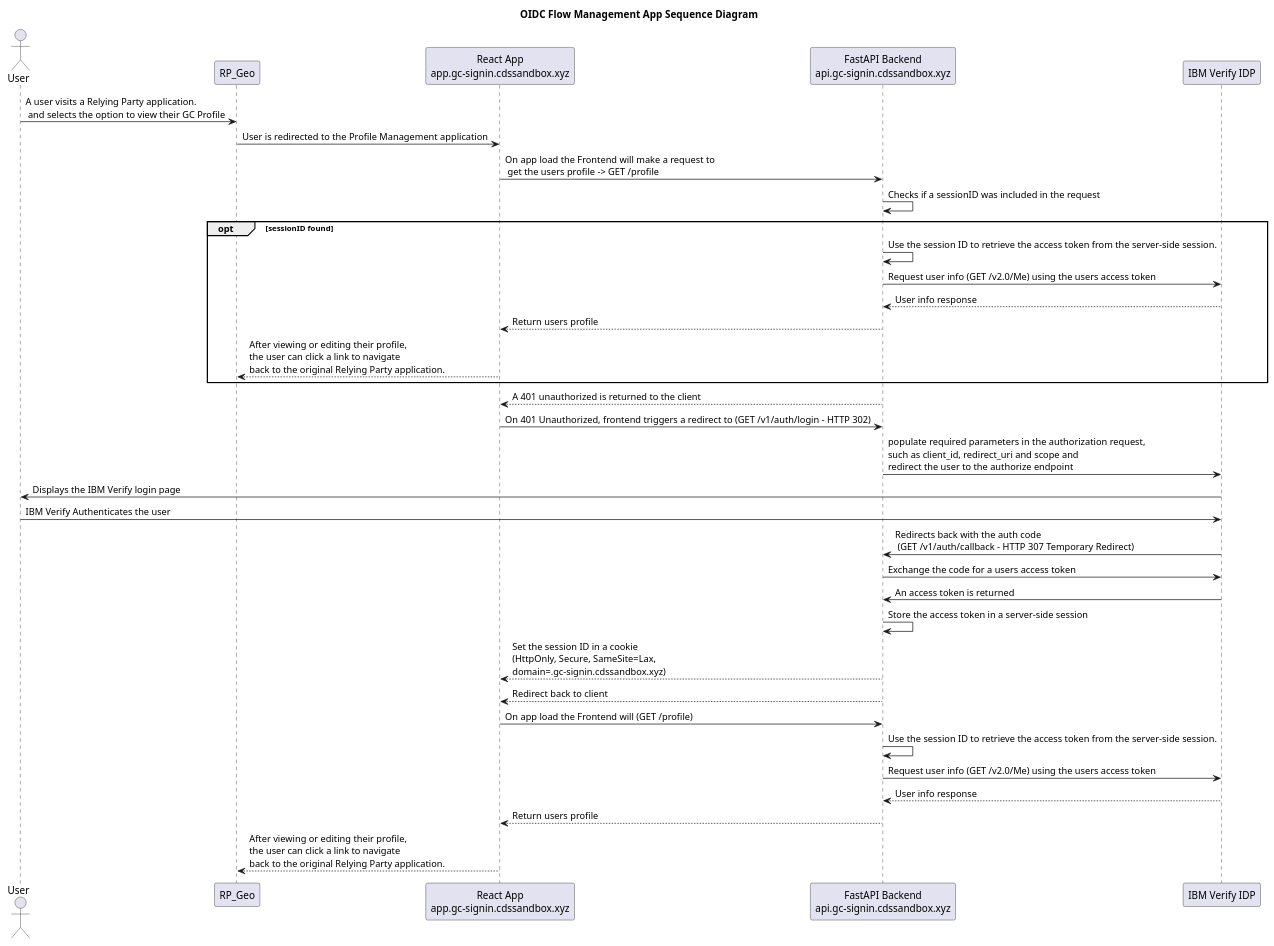
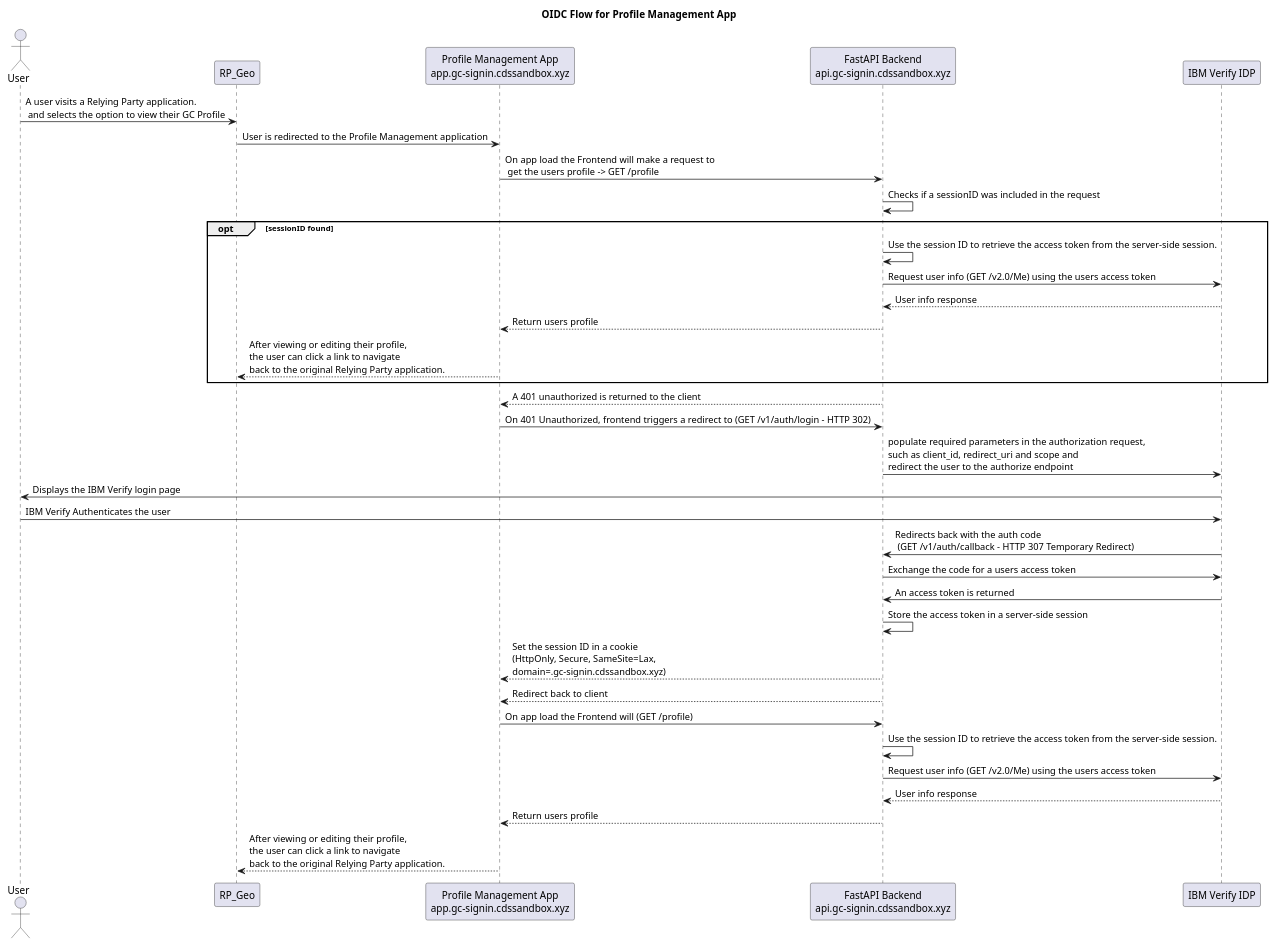
One commit to cds-snc/canadalogin-user-selfservice-webapp changed the diagram in docs/architecture/oidc-flow-management-app.puml. Above: the diagram before and after it, drawn with PlantUML. The commit also changed 2 other files, not shown here.

Commit message:
OIDC for profile management application

```diff
--- a/docs/architecture/oidc-flow-management-app.puml
+++ b/docs/architecture/oidc-flow-management-app.puml
@@ -1,50 +1,50 @@
 @startuml oidc-flow-management-app
 '  To update a plantuml diagram, you have to:
 '  sudo apt update  
 '  sudo apt-get install -y openjdk-11-jdk
 '  Install the VScode extension: PlantUML jebbs
 '  Right click on the diagram and select "Preview Current Diagram"
 
-title OIDC Flow Management App Sequence Diagram
+title OIDC Flow for Profile Management App
 
 actor User
 participant RP_Geo
-participant ReactApp as "React App\napp.gc-signin.cdssandbox.xyz"
+participant ReactApp as "Profile Management App\napp.gc-signin.cdssandbox.xyz"
 participant FastAPI as "FastAPI Backend\napi.gc-signin.cdssandbox.xyz"
 participant IBMVerify as "IBM Verify IDP"
 
 User -> RP_Geo : A user visits a Relying Party application.\n and selects the option to view their GC Profile
 
 RP_Geo -> ReactApp : User is redirected to the Profile Management application
 ReactApp -> FastAPI : On app load the Frontend will make a request to \n get the users profile -> GET /profile
 FastAPI -> FastAPI : Checks if a sessionID was included in the request
 
 opt sessionID found
    FastAPI -> FastAPI : Use the session ID to retrieve the access token from the server-side session.
     FastAPI -> IBMVerify : Request user info (GET /v2.0/Me) using the users access token
     IBMVerify --> FastAPI : User info response
     FastAPI --> ReactApp : Return users profile
     ReactApp --> RP_Geo : After viewing or editing their profile, \nthe user can click a link to navigate \nback to the original Relying Party application.
 end
 
     FastAPI --> ReactApp : A 401 unauthorized is returned to the client
     ReactApp -> FastAPI : On 401 Unauthorized, frontend triggers a redirect to (GET /v1/auth/login - HTTP 302)
     FastAPI -> IBMVerify :  populate required parameters in the authorization request,\nsuch as client_id, redirect_uri and scope and\nredirect the user to the authorize endpoint 
     IBMVerify -> User : Displays the IBM Verify login page
 
     User -> IBMVerify : IBM Verify Authenticates the user
     IBMVerify -> FastAPI : Redirects back with the auth code\n (GET /v1/auth/callback - HTTP 307 Temporary Redirect)
 
     FastAPI -> IBMVerify : Exchange the code for a users access token
     IBMVerify -> FastAPI : An access token is returned
     FastAPI -> FastAPI : Store the access token in a server-side session
     FastAPI --> ReactApp : Set the session ID in a cookie\n(HttpOnly, Secure, SameSite=Lax,\ndomain=.gc-signin.cdssandbox.xyz)
     FastAPI --> ReactApp : Redirect back to client
     ReactApp -> FastAPI : On app load the Frontend will (GET /profile)
     FastAPI -> FastAPI : Use the session ID to retrieve the access token from the server-side session.
     FastAPI -> IBMVerify : Request user info (GET /v2.0/Me) using the users access token
     IBMVerify --> FastAPI : User info response
     FastAPI --> ReactApp : Return users profile
     ReactApp --> RP_Geo : After viewing or editing their profile, \nthe user can click a link to navigate \nback to the original Relying Party application.
 
 @enduml
```
